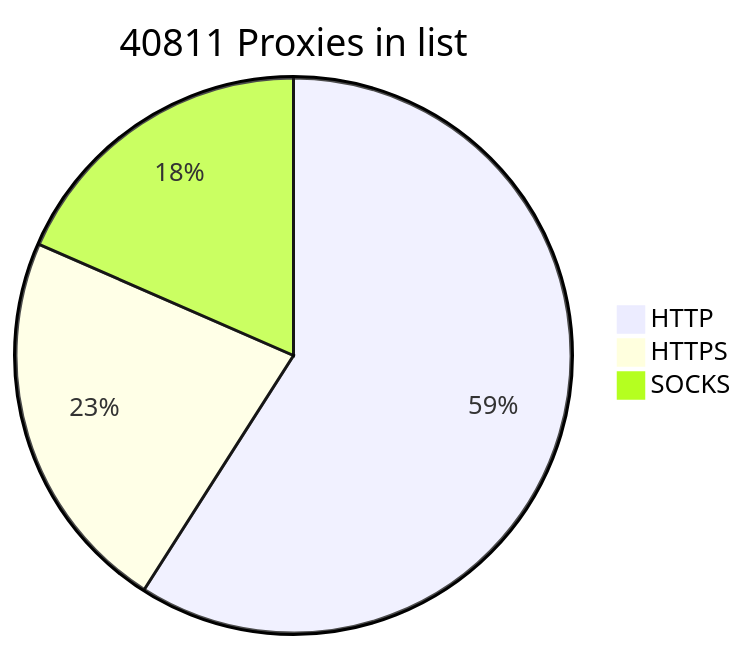
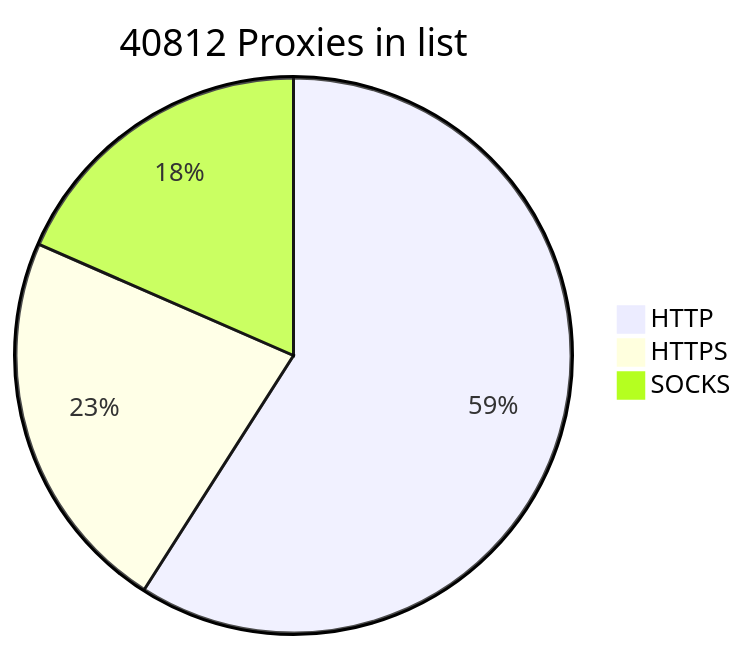
Before and after one commit to BlackSnowDot/proxylist-update-every-minute: the diagram in README.md, drawn with Mermaid.

````diff
--- a/README.md
+++ b/README.md
@@ -2,6 +2,6 @@
 ```mermaid
-pie title 40811 Proxies in list
+pie title 40812 Proxies in list
     "HTTP" : 28327
     "HTTPS": 10804
-    "SOCKS" : 8851
+    "SOCKS" : 8852
 ```
````
